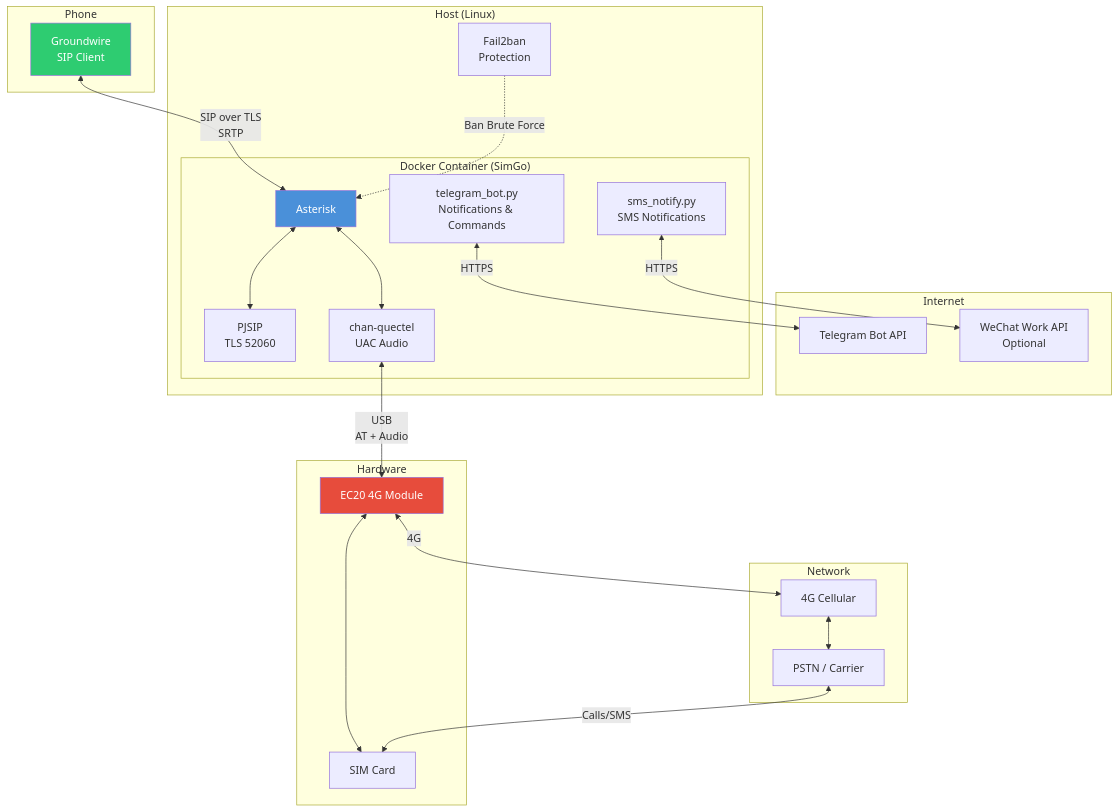
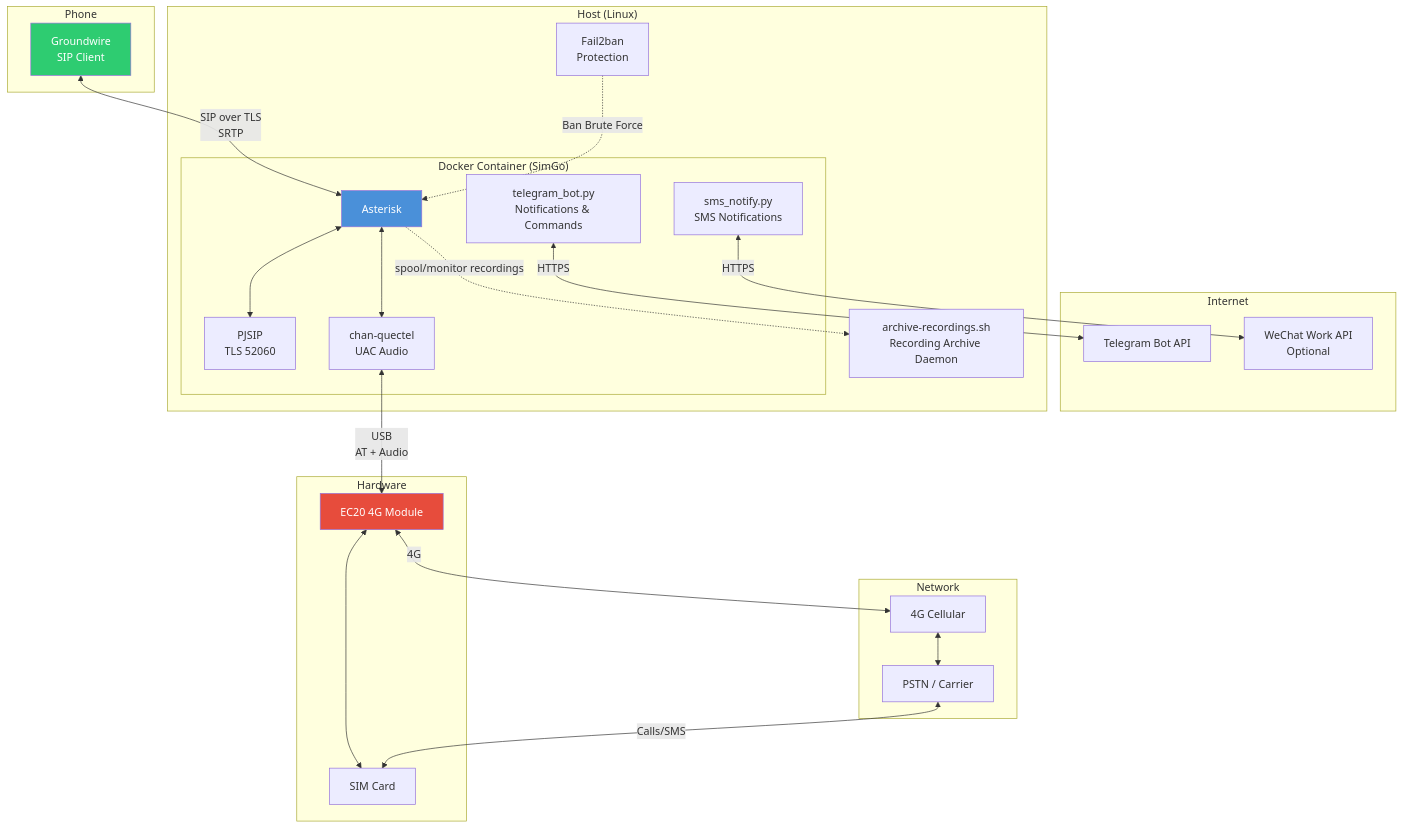
The diagram in README.en.md (myleo1/SimGo), drawn with Mermaid before and after one commit. The commit also changed other lines of this file and 14 other files, not shown here.

````diff
--- a/README.en.md
+++ b/README.en.md
@@ -45,48 +45,50 @@
 ```mermaid
 graph TB
     subgraph "Phone"
         GW[Groundwire<br/>SIP Client]
     end
 
     subgraph "Internet"
         TG[Telegram Bot API]
         WX[WeChat Work API<br/>Optional]
     end
 
     subgraph "Host (Linux)"
         subgraph "Docker Container (SimGo)"
             AS[Asterisk]
             PS[PJSIP<br/>TLS 52060]
             QC[chan-quectel<br/>UAC Audio]
             BOT[telegram_bot.py<br/>Notifications & Commands]
             SMS[sms_notify.py<br/>SMS Notifications]
         end
         F2B[Fail2ban<br/>Protection]
+        ARC[archive-recordings.sh<br/>Recording Archive Daemon]
     end
 
     subgraph "Hardware"
         EC20[EC20 4G Module]
         SIM[SIM Card]
     end
 
     subgraph "Network"
         4G[4G Cellular]
         PSTN[PSTN / Carrier]
     end
 
     GW <-->|"SIP over TLS<br/>SRTP"| AS
     AS <--> PS
     AS <--> QC
     BOT <-->|"HTTPS"| TG
     SMS <-->|"HTTPS"| WX
     QC <-->|"USB<br/>AT + Audio"| EC20
     EC20 <--> SIM
     EC20 <-->|"4G"| 4G
     4G <--> PSTN
     PSTN <-->|"Calls/SMS"| SIM
     F2B -.->|"Ban Brute Force"| AS
+    AS -.->|"spool/monitor recordings"| ARC
 
     style AS fill:#4a90d9,color:#fff
     style EC20 fill:#e74c3c,color:#fff
     style GW fill:#2ecc71,color:#fff
 ```
````
